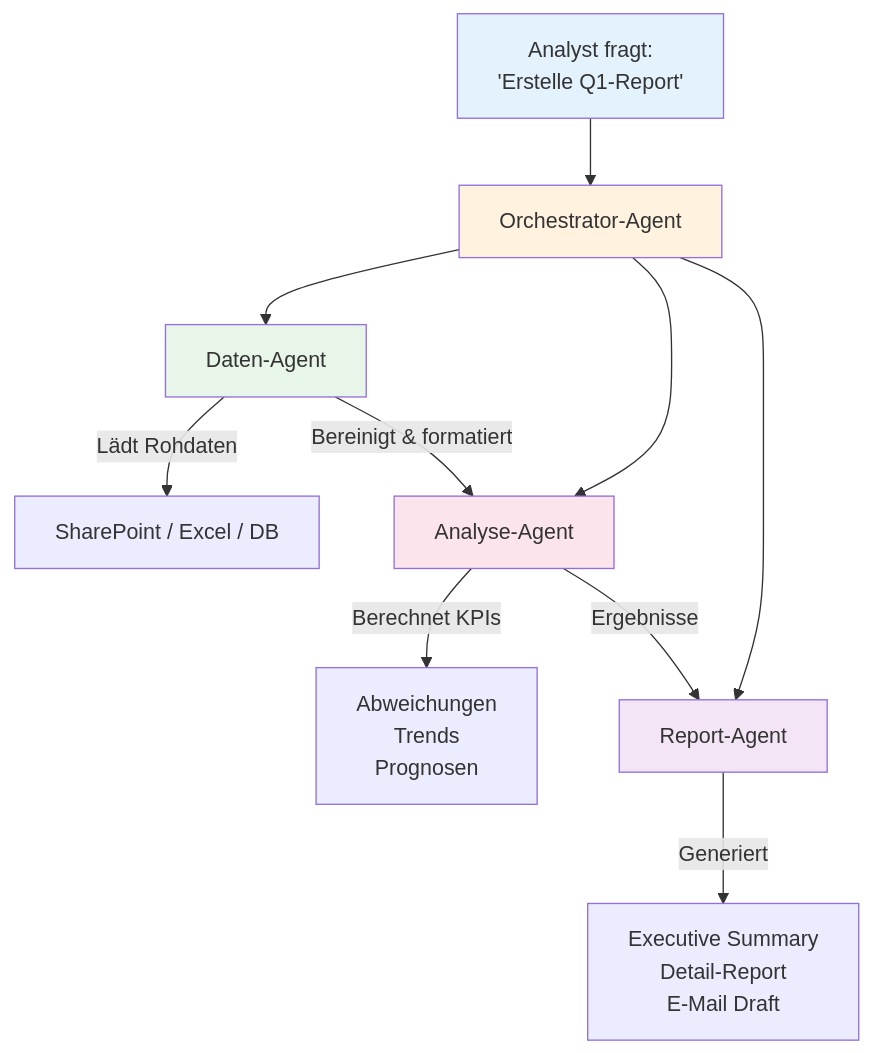
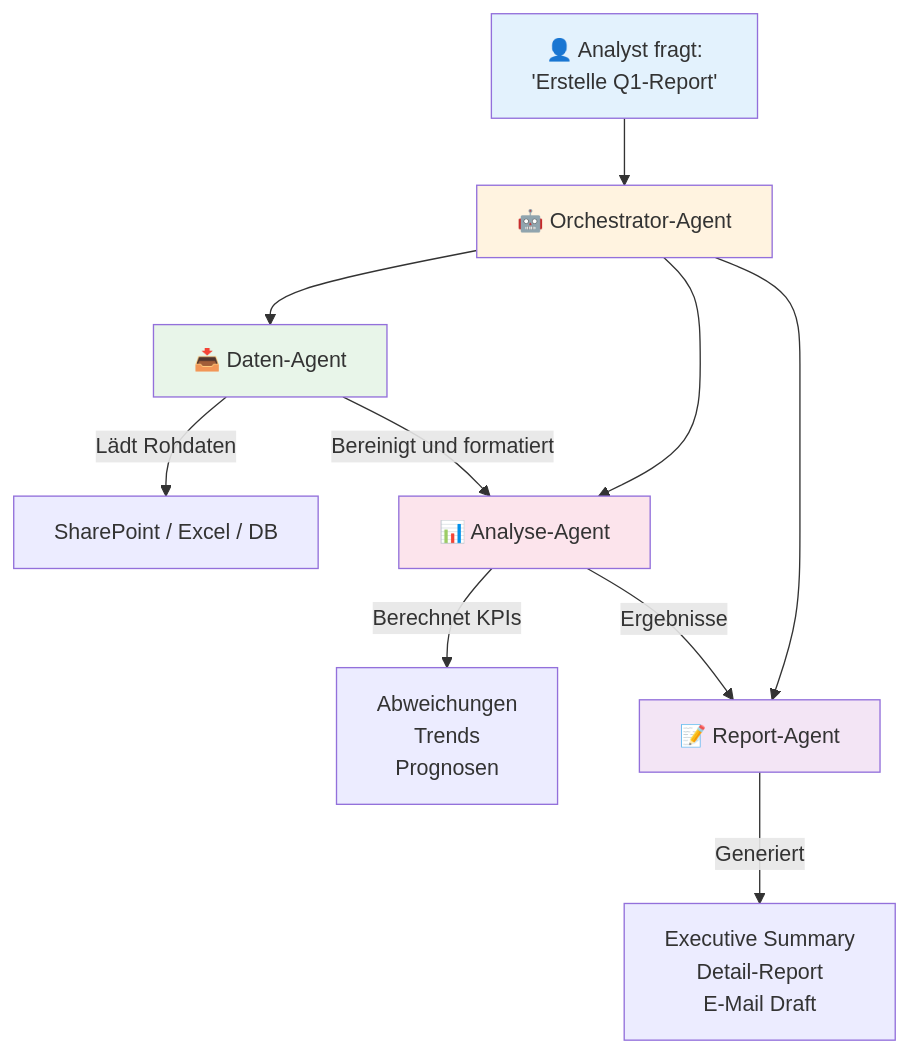
Before and after one commit to justinsz/ProPrompt: the third of 3 diagrams in analysts_de.md, drawn with Mermaid. The commit also changed other lines of this file and 11 other files, not shown here.

First line of the commit message:
Restore emojis in normal text, keep prompts clean, fix Mermaid syntax

````diff
--- a/analysts_de.md
+++ b/analysts_de.md
@@ -288,19 +288,19 @@
 ```mermaid
 flowchart TB
-    A[Analyst fragt:<br/>'Erstelle Q1-Report'] --> B[Orchestrator-Agent]
-    B --> C[Daten-Agent]
-    B --> D[Analyse-Agent]
-    B --> E[Report-Agent]
+    A[👤 Analyst fragt:<br/>'Erstelle Q1-Report'] --> B[🤖 Orchestrator-Agent]
+    B --> C[📥 Daten-Agent]
+    B --> D[📊 Analyse-Agent]
+    B --> E[📝 Report-Agent]
 
     C --> |Lädt Rohdaten| C1[SharePoint / Excel / DB]
-    C --> |Bereinigt & formatiert| D
+    C --> |Bereinigt und formatiert| D
     D --> |Berechnet KPIs| D1[Abweichungen<br/>Trends<br/>Prognosen]
     D --> |Ergebnisse| E
     E --> |Generiert| E1[Executive Summary<br/> Detail-Report<br/> E-Mail Draft]
 
     style A fill:#e3f2fd
     style B fill:#fff3e0
     style C fill:#e8f5e9
     style D fill:#fce4ec
     style E fill:#f3e5f5
 ```
````
